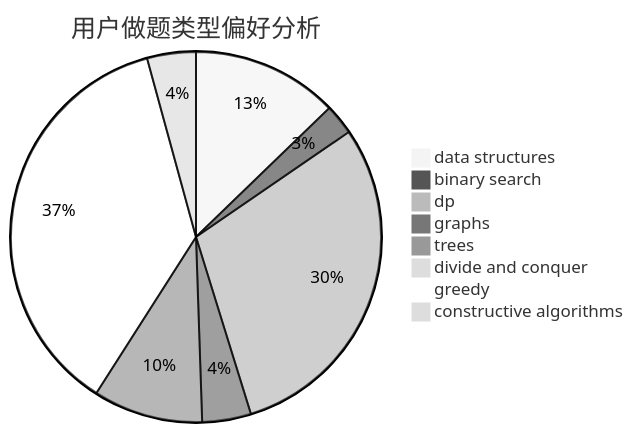
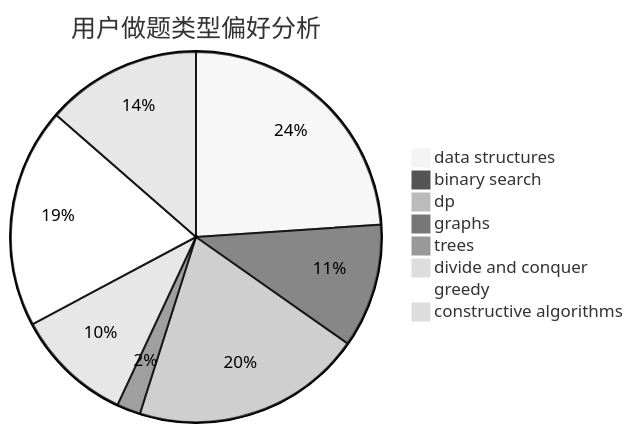
The second of 3 diagrams in docs/user/u650.md (sherpahu/cfrs.github.io), drawn with Mermaid (neutral theme) before and after one commit. The commit also changed other lines of this file and 2770 other files, not shown here.

````diff
--- a/docs/user/u650.md
+++ b/docs/user/u650.md
@@ -23,11 +23,11 @@
 ```mermaid
 pie title 用户做题类型偏好分析
-    "data structures" :  24
-    "binary search" :  5
-    "dp" :  56
-    "graphs" :  8
-    "trees" :  18
-    "divide and conquer" :  0
-    "greedy" :  69
-    "constructive algorithms" :  8
+    "data structures" :  208
+    "binary search" :  94
+    "dp" :  175
+    "graphs" :  18
+    "trees" :  1
+    "divide and conquer" :  89
+    "greedy" :  167
+    "constructive algorithms" :  118
 ```
````
